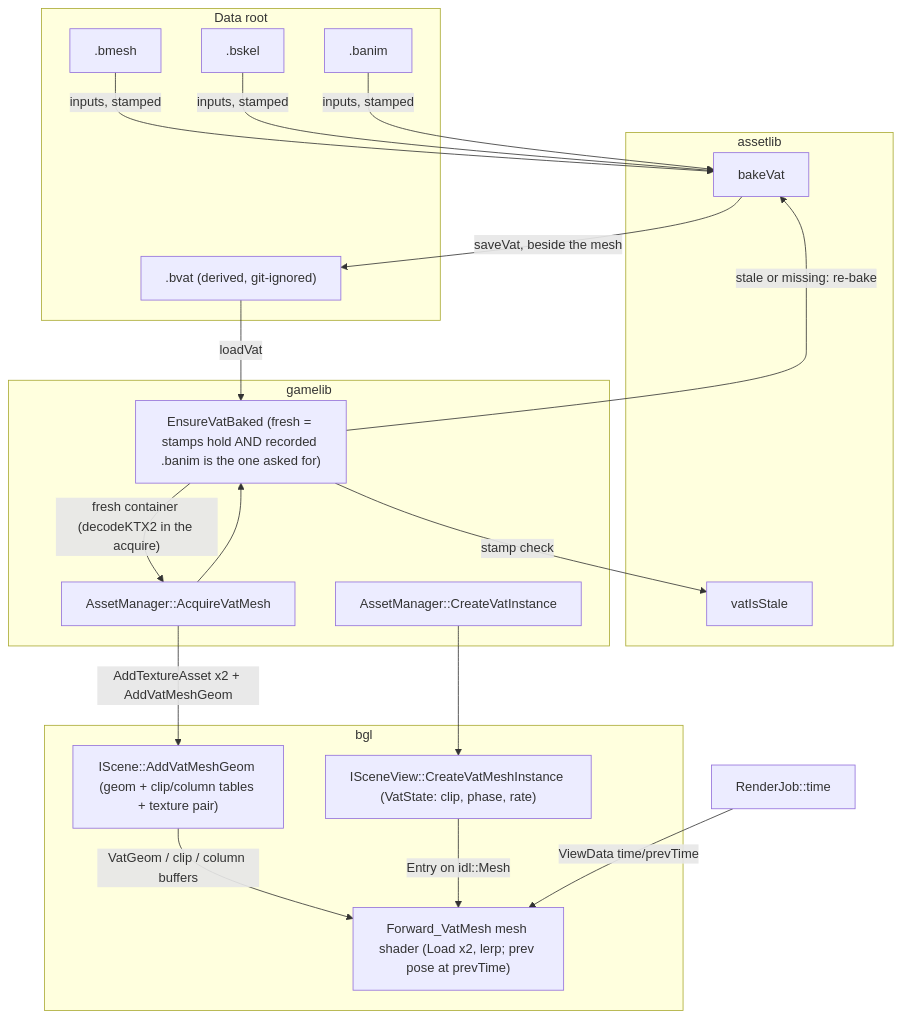
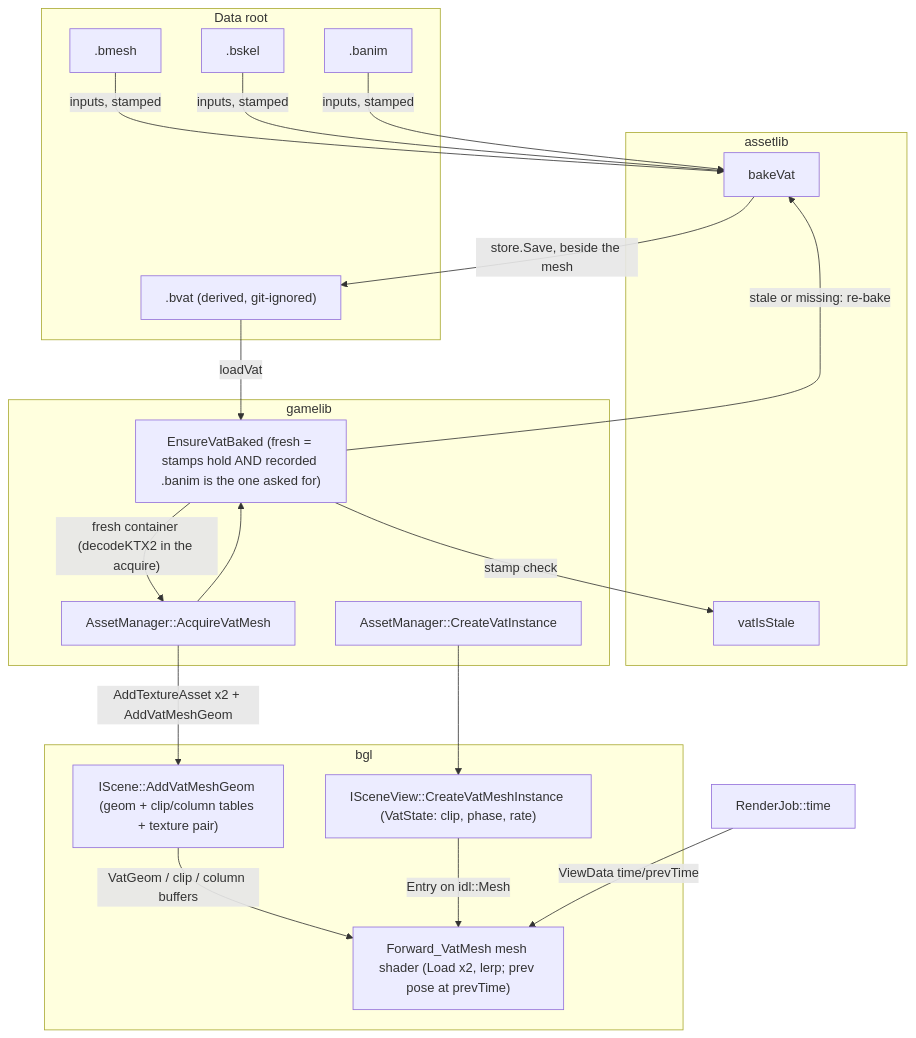
Before and after one commit to alexjiang200407/bernini: the diagram in docs/vat.md, drawn with Mermaid. The commit also changed other lines of this file and 112 other files, not shown here.

````diff
--- a/docs/vat.md
+++ b/docs/vat.md
@@ -158,39 +159,39 @@
 ```mermaid
 flowchart TD
     subgraph disk [Data root]
         BMESH[.bmesh]
         BSKEL[.bskel]
         BANIM[.banim]
         BVAT[".bvat (derived, git-ignored)"]
     end
 
     subgraph assetlib
         BAKE[bakeVat]
         STALE[vatIsStale]
     end
 
     subgraph gamelib
         ACQ[AssetManager::AcquireVatMesh]
         ENSURE["EnsureVatBaked (fresh = stamps hold AND recorded .banim is the one asked for)"]
         INST[AssetManager::CreateVatInstance]
     end
 
     subgraph bgl
         SCENE["IScene::AddVatMeshGeom (geom + clip/column tables + texture pair)"]
         VIEW["ISceneView::CreateVatMeshInstance (VatState: clip, phase, rate)"]
         MS["Forward_VatMesh mesh shader (Load x2, lerp; prev pose at prevTime)"]
     end
 
     BMESH & BSKEL & BANIM -- "inputs, stamped" --> BAKE
-    BAKE -- "saveVat, beside the mesh" --> BVAT
+    BAKE -- "store.Save, beside the mesh" --> BVAT
     ACQ --> ENSURE
     ENSURE -- "stamp check" --> STALE
     ENSURE -- "stale or missing: re-bake" --> BAKE
     BVAT -- "loadVat" --> ENSURE
     ENSURE -- "fresh container (decodeKTX2 in the acquire)" --> ACQ
     ACQ -- "AddTextureAsset x2 + AddVatMeshGeom" --> SCENE
     INST --> VIEW
     SCENE -- "VatGeom / clip / column buffers" --> MS
     VIEW -- "Entry<VatState> on idl::Mesh" --> MS
     CLOCK["RenderJob::time"] -- "ViewData time/prevTime" --> MS
 ```
````
